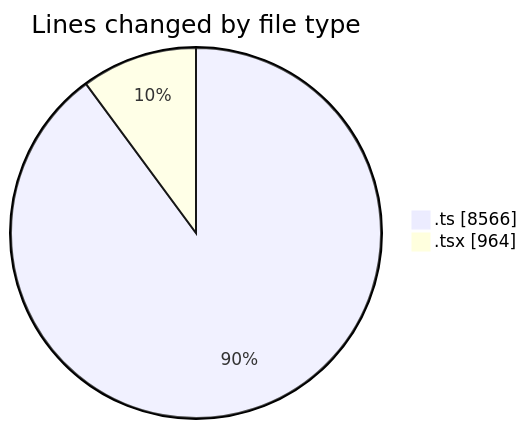
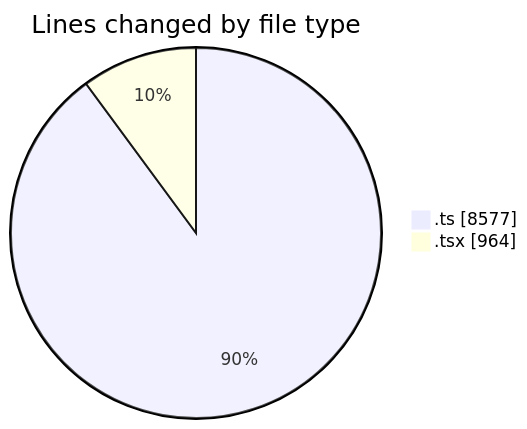
One commit to momahboobian/code-tracking changed the first of 2 diagrams in 2025-07-14/cda/README.md. Above: the diagram before and after it, drawn with Mermaid. The commit also changed other lines of this file and 1 other file, not shown here.

````diff
--- a/2025-07-14/cda/README.md
+++ b/2025-07-14/cda/README.md
@@ -26,6 +26,6 @@
 ```mermaid
 pie showData
 title Lines changed by file type
-".ts" : 8566
+".ts" : 8577
 ".tsx" : 964
 ```
````
